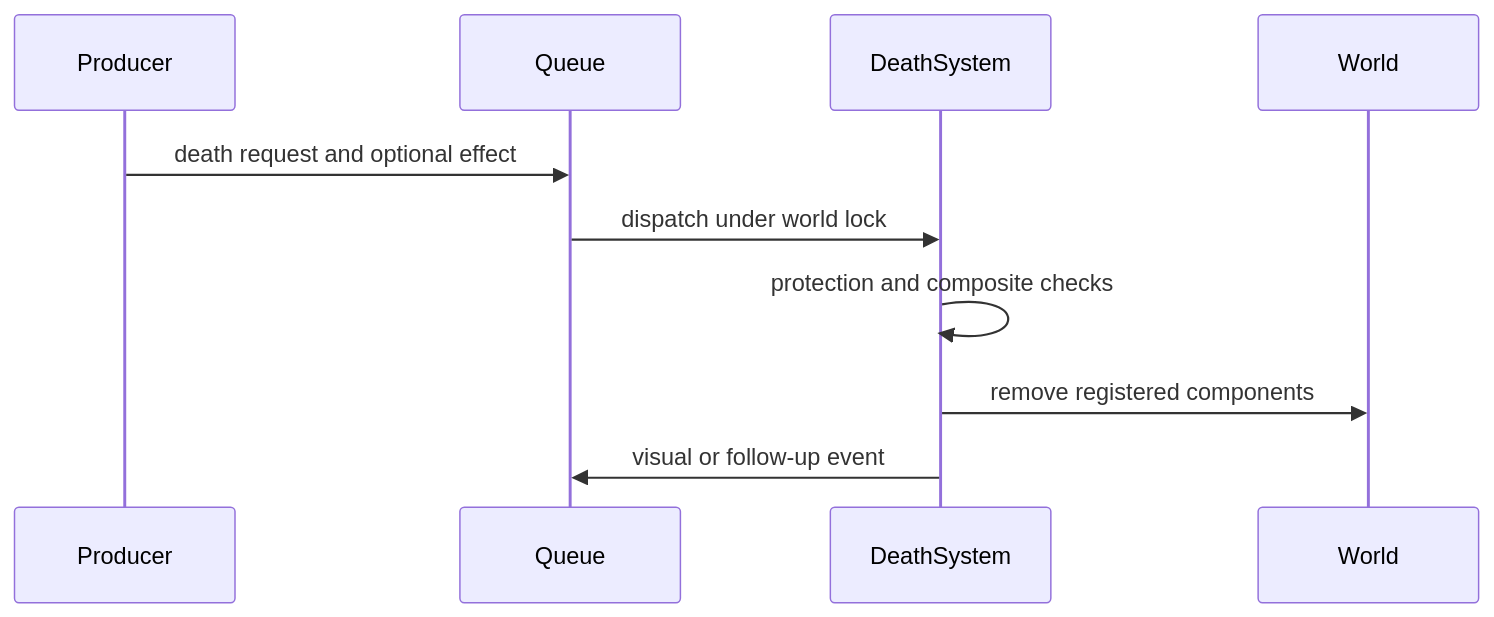
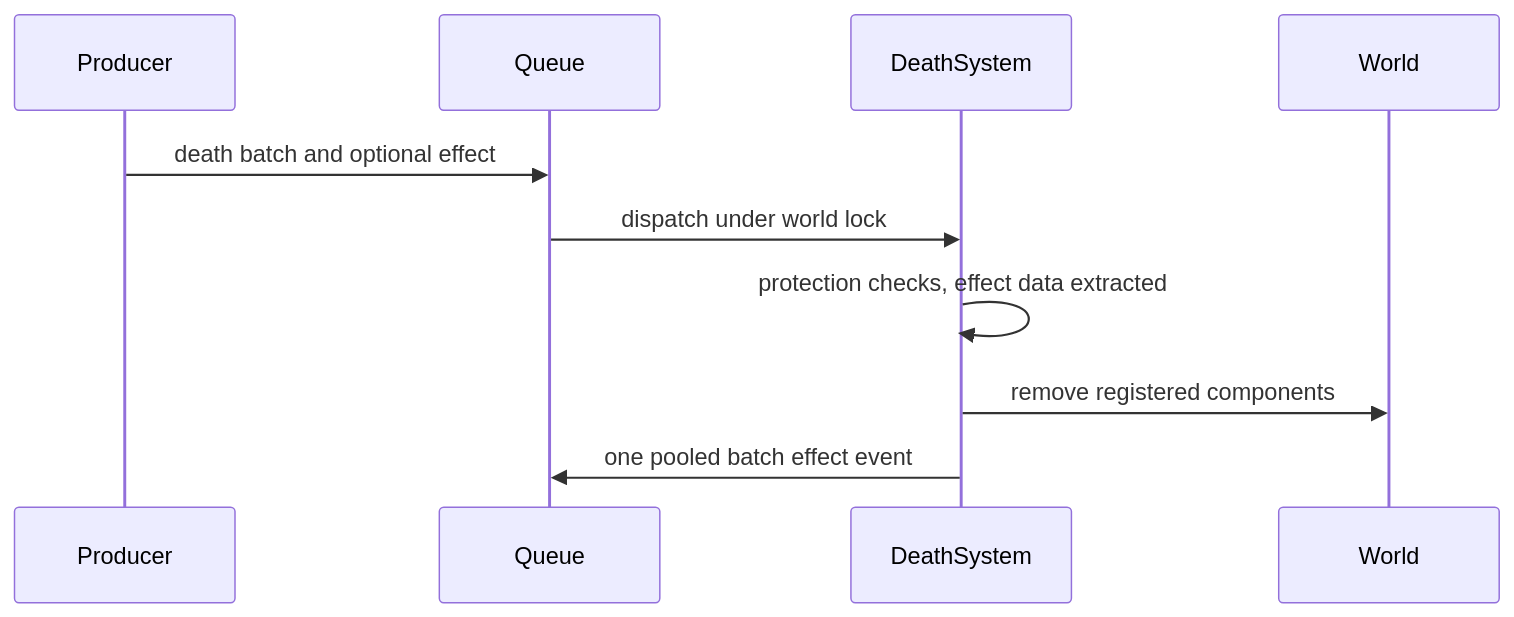
Before and after one commit to lixenwraith/vif: the fourth of 4 diagrams in doc/ecs-and-events.md, drawn with Mermaid. The commit also changed other lines of this file and 2 other files, not shown here.

Commit message:
doc: sweep ecs and event docs against the code

````diff
--- a/doc/ecs-and-events.md
+++ b/doc/ecs-and-events.md
@@ -240,12 +267,12 @@
 ```mermaid
 sequenceDiagram
     participant Producer
     participant Queue
     participant DeathSystem
     participant World
-    Producer->>Queue: death request and optional effect
+    Producer->>Queue: death batch and optional effect
     Queue->>DeathSystem: dispatch under world lock
-    DeathSystem->>DeathSystem: protection and composite checks
+    DeathSystem->>DeathSystem: protection checks, effect data extracted
     DeathSystem->>World: remove registered components
-    DeathSystem->>Queue: visual or follow-up event
+    DeathSystem->>Queue: one pooled batch effect event
 ```
````
